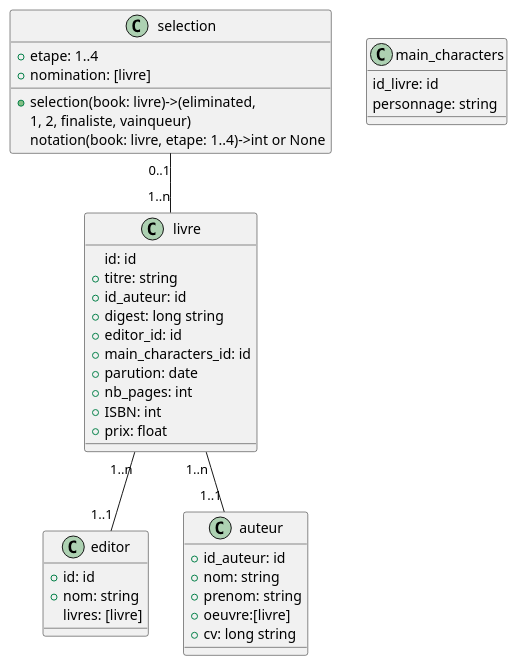
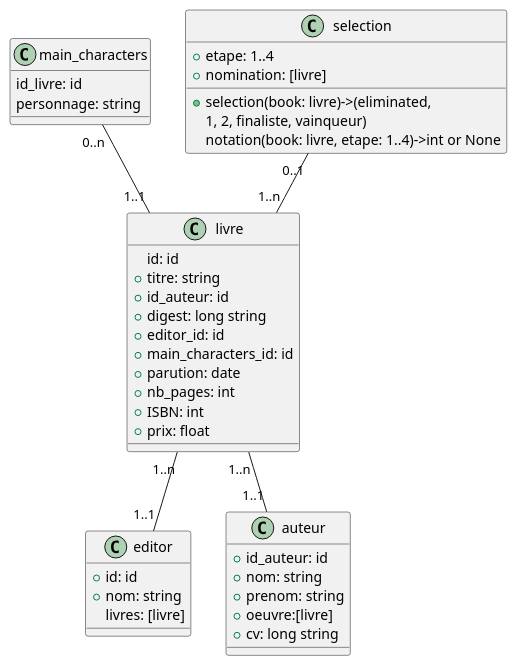
The diagram in GoncourtClass.puml (ayl001/goncourt.online), drawn with PlantUML before and after one commit. The commit also changed 3 other files, not shown here.

```diff
--- a/GoncourtClass.puml
+++ b/GoncourtClass.puml
@@ -1,43 +1,43 @@
 @startuml
 'https://plantuml.com/class-diagram
 class livre{
 id: id
 +titre: string
 +id_auteur: id
 +digest: long string
 +editor_id: id
 +main_characters_id: id
 +parution: date
 +nb_pages: int
 +ISBN: int
 +prix: float
 }
 class main_characters {
 id_livre: id
 personnage: string
 }
 class editor {
 +id: id
 +nom: string
 livres: [livre]
 }
 class auteur{
 +id_auteur: id
 +nom: string
 +prenom: string
 +oeuvre:[livre]
 +cv: long string
 }
 
 class selection{
 +etape: 1..4
 +nomination: [livre]
 + selection(book: livre)->(eliminated,
 1, 2, finaliste, vainqueur)
 notation(book: livre, etape: 1..4)->int or None
 }
 livre"1..n"--"1..1"editor
 livre"1..n"--"1..1"auteur
 selection"0..1"--"1..n"livre
-
+main_characters"0..n"--"1..1"livre
 @enduml
```
